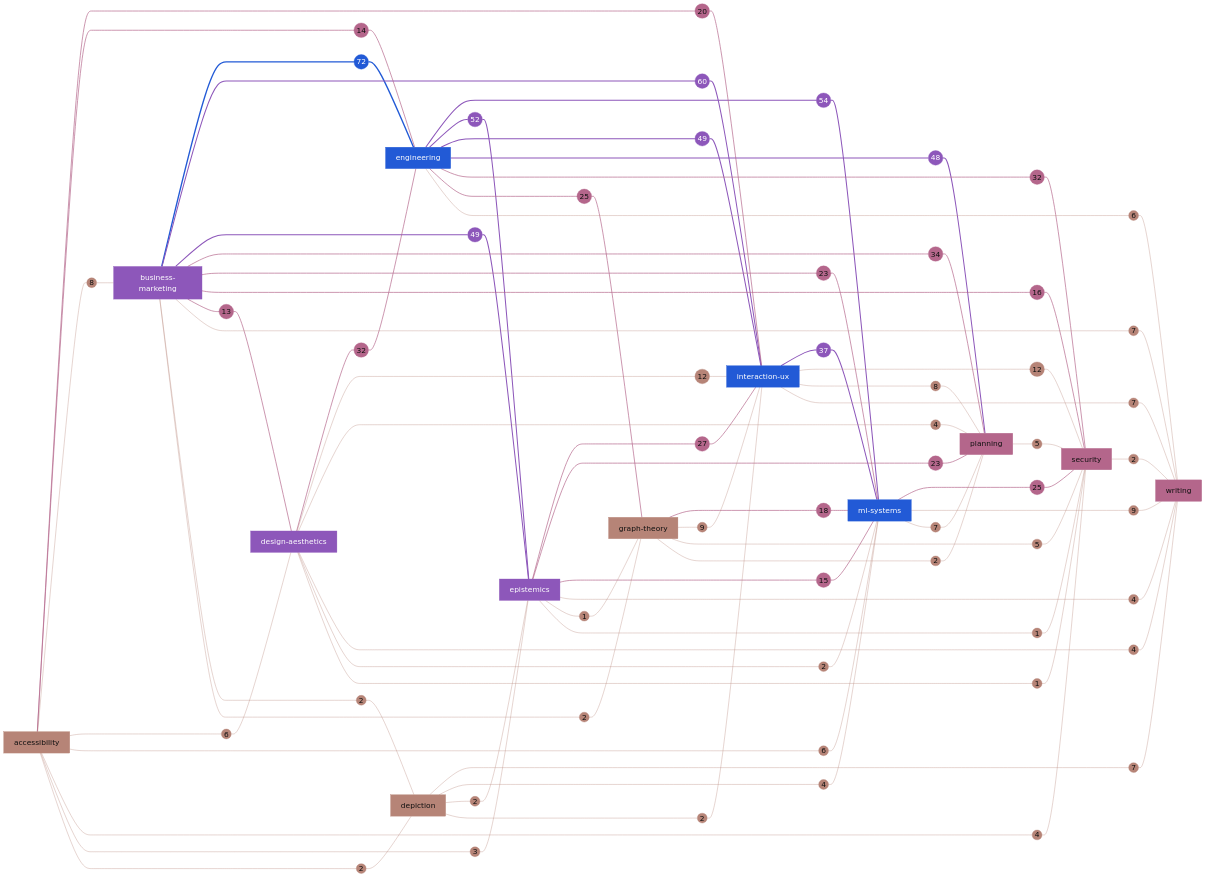
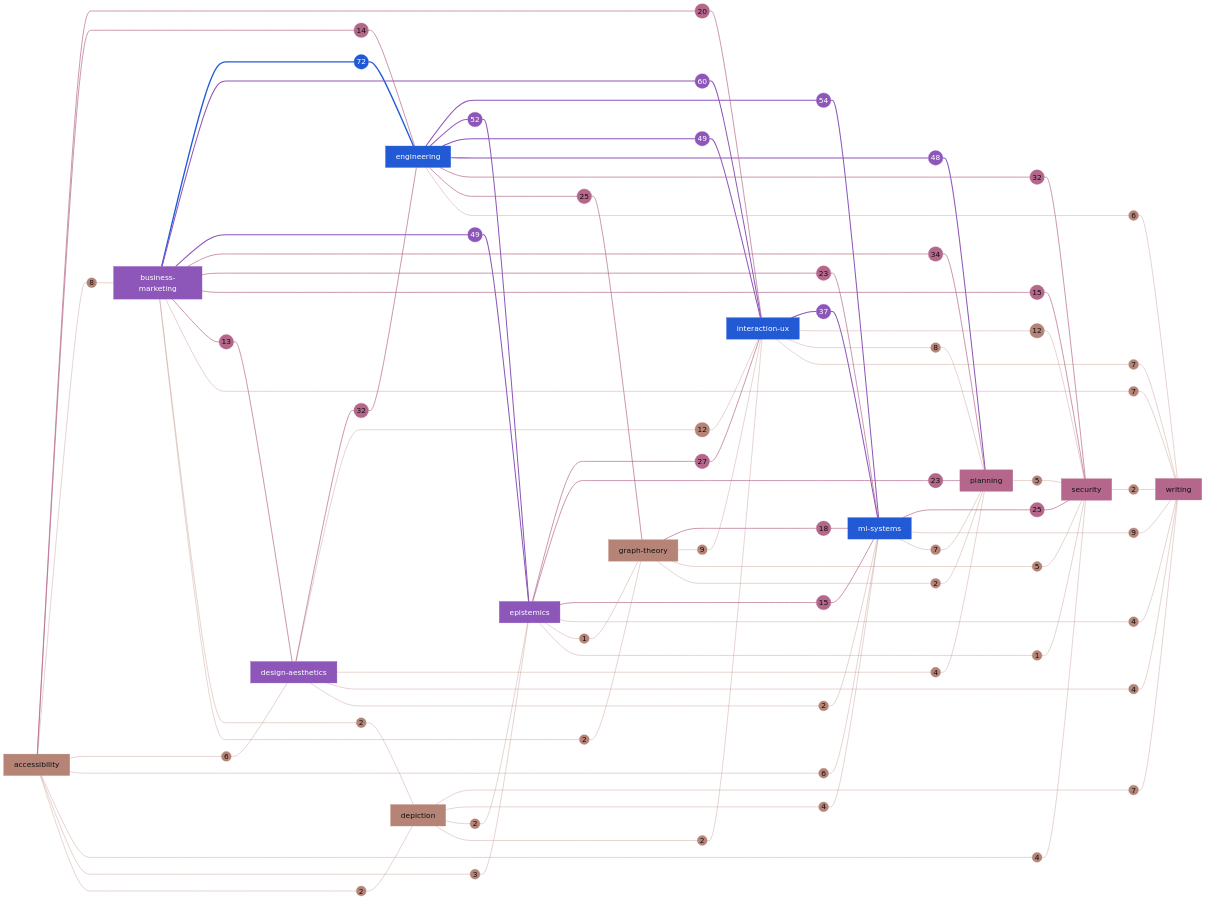
One commit to darce/heuristics-canon changed the first of 2 diagrams in GRAPH.md. Above: the diagram before and after it, drawn with Mermaid. The commit also changed other lines of this file and 9 other files, not shown here.

````diff
--- a/GRAPH.md
+++ b/GRAPH.md
@@ -72,7 +72,7 @@
   W_accessibility__interaction_ux --- interaction_ux
   graph_theory --- W_graph_theory__ml_systems((18))
   W_graph_theory__ml_systems --- ml_systems
-  business_marketing --- W_business_marketing__security((16))
+  business_marketing --- W_business_marketing__security((15))
   W_business_marketing__security --- security
   epistemics --- W_epistemics__ml_systems((15))
   W_epistemics__ml_systems --- ml_systems
@@ -138,8 +138,6 @@
   W_graph_theory__planning --- planning
   security --- W_security__writing((2))
   W_security__writing --- writing
-  design_aesthetics --- W_design_aesthetics__security((1))
-  W_design_aesthetics__security --- security
   epistemics --- W_epistemics__graph_theory((1))
   W_epistemics__graph_theory --- graph_theory
   epistemics --- W_epistemics__security((1))
@@ -148,12 +146,12 @@
   classDef seq_1 fill:#B4668B,color:#111111,stroke:#B4668B
   classDef seq_2 fill:#8D57BA,color:#FFFFFF,stroke:#8D57BA
   classDef seq_3 fill:#225AD6,color:#FFFFFF,stroke:#225AD6
-  class accessibility,depiction,graph_theory,W_design_aesthetics__interaction_ux,W_interaction_ux__security,W_graph_theory__interaction_ux,W_ml_systems__writing,W_accessibility__business_marketing,W_interaction_ux__planning,W_business_marketing__writing,W_depiction__writing,W_interaction_ux__writing,W_ml_systems__planning,W_accessibility__design_aesthetics,W_accessibility__ml_systems,W_engineering__writing,W_graph_theory__security,W_planning__security,W_accessibility__security,W_depiction__ml_systems,W_design_aesthetics__planning,W_design_aesthetics__writing,W_epistemics__writing,W_accessibility__epistemics,W_accessibility__depiction,W_business_marketing__depiction,W_business_marketing__graph_theory,W_depiction__epistemics,W_depiction__interaction_ux,W_design_aesthetics__ml_systems,W_graph_theory__planning,W_security__writing,W_design_aesthetics__security,W_epistemics__graph_theory,W_epistemics__security seq_0
+  class accessibility,depiction,graph_theory,W_design_aesthetics__interaction_ux,W_interaction_ux__security,W_graph_theory__interaction_ux,W_ml_systems__writing,W_accessibility__business_marketing,W_interaction_ux__planning,W_business_marketing__writing,W_depiction__writing,W_interaction_ux__writing,W_ml_systems__planning,W_accessibility__design_aesthetics,W_accessibility__ml_systems,W_engineering__writing,W_graph_theory__security,W_planning__security,W_accessibility__security,W_depiction__ml_systems,W_design_aesthetics__planning,W_design_aesthetics__writing,W_epistemics__writing,W_accessibility__epistemics,W_accessibility__depiction,W_business_marketing__depiction,W_business_marketing__graph_theory,W_depiction__epistemics,W_depiction__interaction_ux,W_design_aesthetics__ml_systems,W_graph_theory__planning,W_security__writing,W_epistemics__graph_theory,W_epistemics__security seq_0
   class planning,security,writing,W_business_marketing__planning,W_design_aesthetics__engineering,W_engineering__security,W_epistemics__interaction_ux,W_engineering__graph_theory,W_ml_systems__security,W_business_marketing__ml_systems,W_epistemics__planning,W_accessibility__interaction_ux,W_graph_theory__ml_systems,W_business_marketing__security,W_epistemics__ml_systems,W_accessibility__engineering,W_business_marketing__design_aesthetics seq_1
   class business_marketing,design_aesthetics,epistemics,W_business_marketing__interaction_ux,W_engineering__ml_systems,W_engineering__epistemics,W_business_marketing__epistemics,W_engineering__interaction_ux,W_engineering__planning,W_interaction_ux__ml_systems seq_2
   class engineering,interaction_ux,ml_systems,W_business_marketing__engineering seq_3
   linkStyle 0,1 stroke:#225AD6,stroke-width:4px
   linkStyle 2,3,4,5,6,7,8,9,10,11,12,13,14,15 stroke:#8D57BA,stroke-width:3px
   linkStyle 16,17,18,19,20,21,22,23,24,25,26,27,28,29,30,31,32,33,34,35,36,37,38,39,40,41,42,43 stroke:#B4668B,stroke-width:2px
-  linkStyle 44,45,46,47,48,49,50,51,52,53,54,55,56,57,58,59,60,61,62,63,64,65,66,67,68,69,70,71,72,73,74,75,76,77,78,79,80,81,82,83,84,85,86,87,88,89,90,91,92,93,94,95,96,97,98,99,100,101,102,103,104,105,106,107 stroke:#B68477,stroke-width:1px
+  linkStyle 44,45,46,47,48,49,50,51,52,53,54,55,56,57,58,59,60,61,62,63,64,65,66,67,68,69,70,71,72,73,74,75,76,77,78,79,80,81,82,83,84,85,86,87,88,89,90,91,92,93,94,95,96,97,98,99,100,101,102,103,104,105 stroke:#B68477,stroke-width:1px
 ```
````
